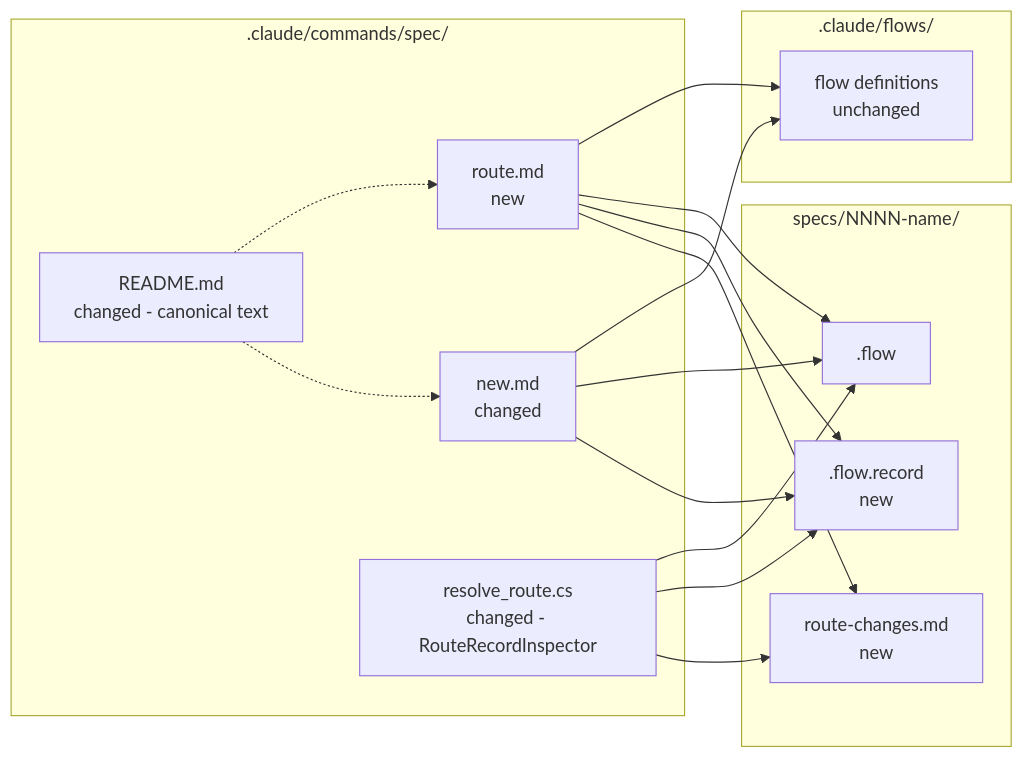
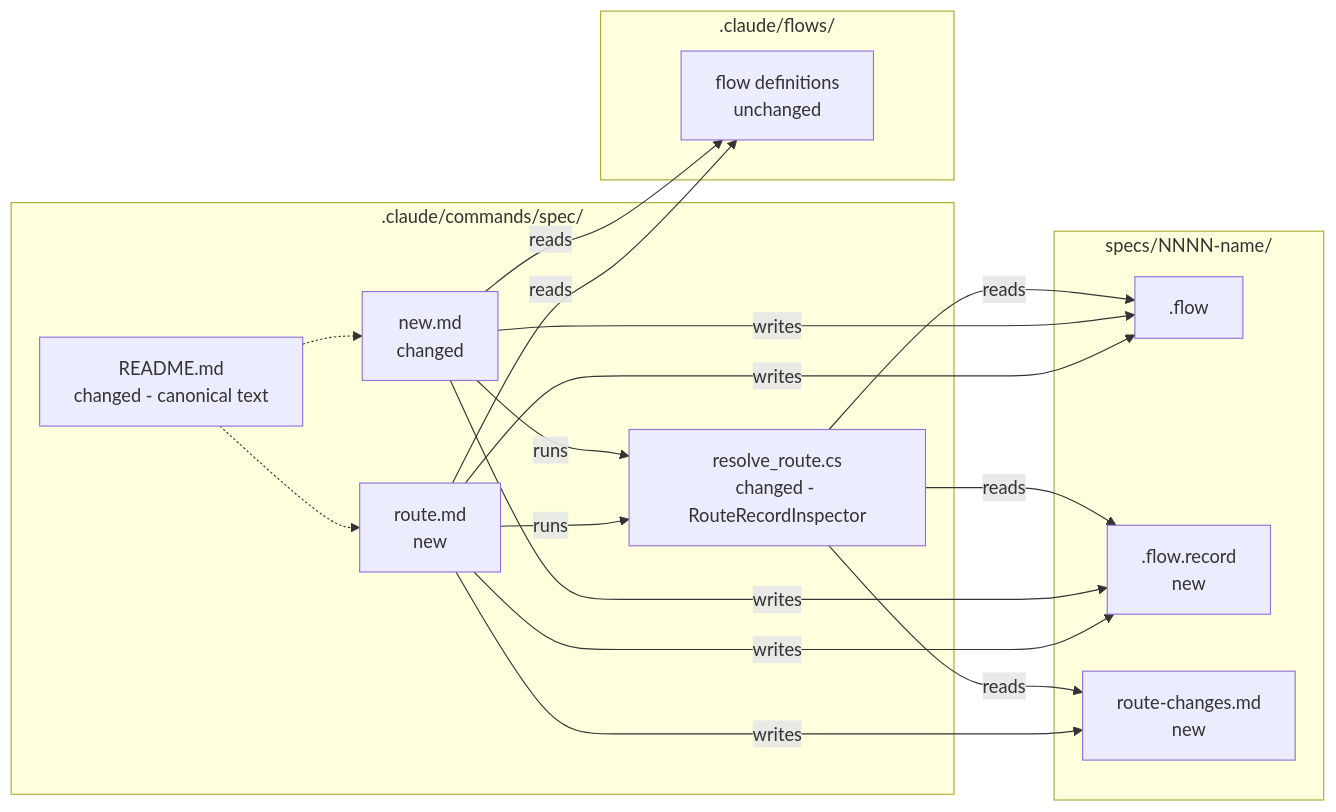
Before and after one commit to BrighterCommand/Brighter: the diagram in docs/adr/0091-slip-creation-tamper-detection-and-route-change.md, drawn with Mermaid. The commit also changed other lines of this file and 1 other file, not shown here.

````diff
--- a/docs/adr/0091-slip-creation-tamper-detection-and-route-change.md
+++ b/docs/adr/0091-slip-creation-tamper-detection-and-route-change.md
@@ -125,29 +126,31 @@
 ```mermaid
 flowchart LR
     subgraph SPEC[".claude/commands/spec/"]
         RT["route.md<br/>new"]
         NW["new.md<br/>changed"]
         RR["resolve_route.cs<br/>changed - RouteRecordInspector"]
         RM["README.md<br/>changed - canonical text"]
     end
     subgraph FLOWS[".claude/flows/"]
         FD["flow definitions<br/>unchanged"]
     end
     subgraph DIR["specs/NNNN-name/"]
         FL[".flow"]
         FR[".flow.record<br/>new"]
         LG["route-changes.md<br/>new"]
     end
-    RT --> FD
-    NW --> FD
-    RT --> FL
-    RT --> FR
-    RT --> LG
-    NW --> FL
-    NW --> FR
-    RR --> FL
-    RR --> FR
-    RR --> LG
+    RT -->|reads| FD
+    NW -->|reads| FD
+    RT -->|writes| FL
+    RT -->|writes| FR
+    RT -->|writes| LG
+    NW -->|writes| FL
+    NW -->|writes| FR
+    RT -->|runs| RR
+    NW -->|runs| RR
+    RR -->|reads| FL
+    RR -->|reads| FR
+    RR -->|reads| LG
     RM -.-> RT
     RM -.-> NW
 ```
````
